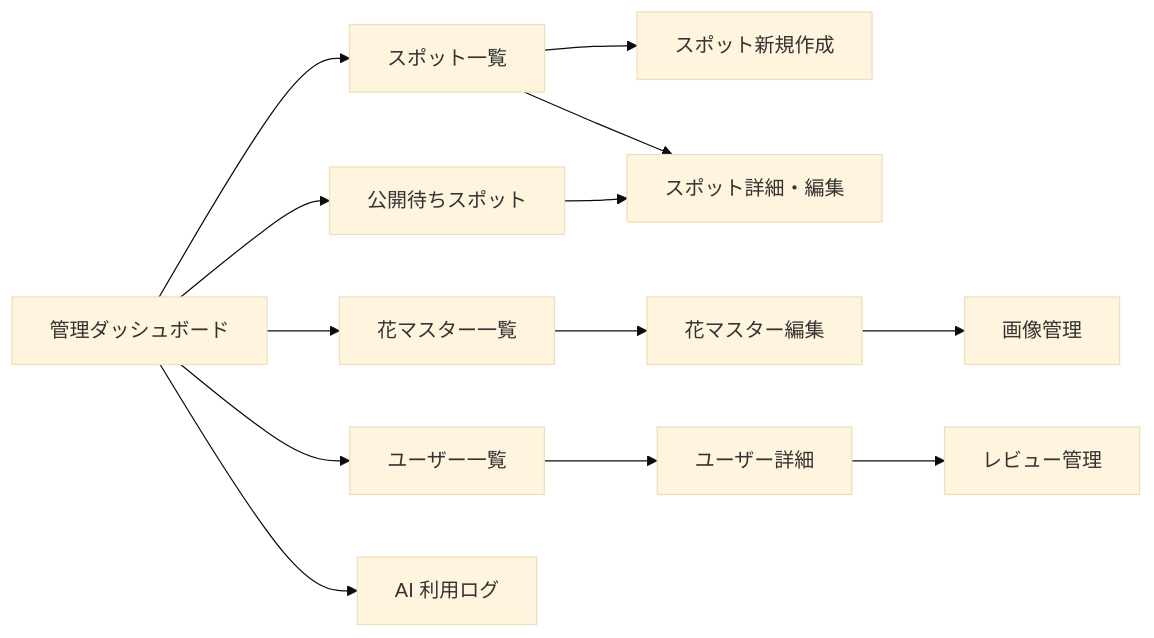
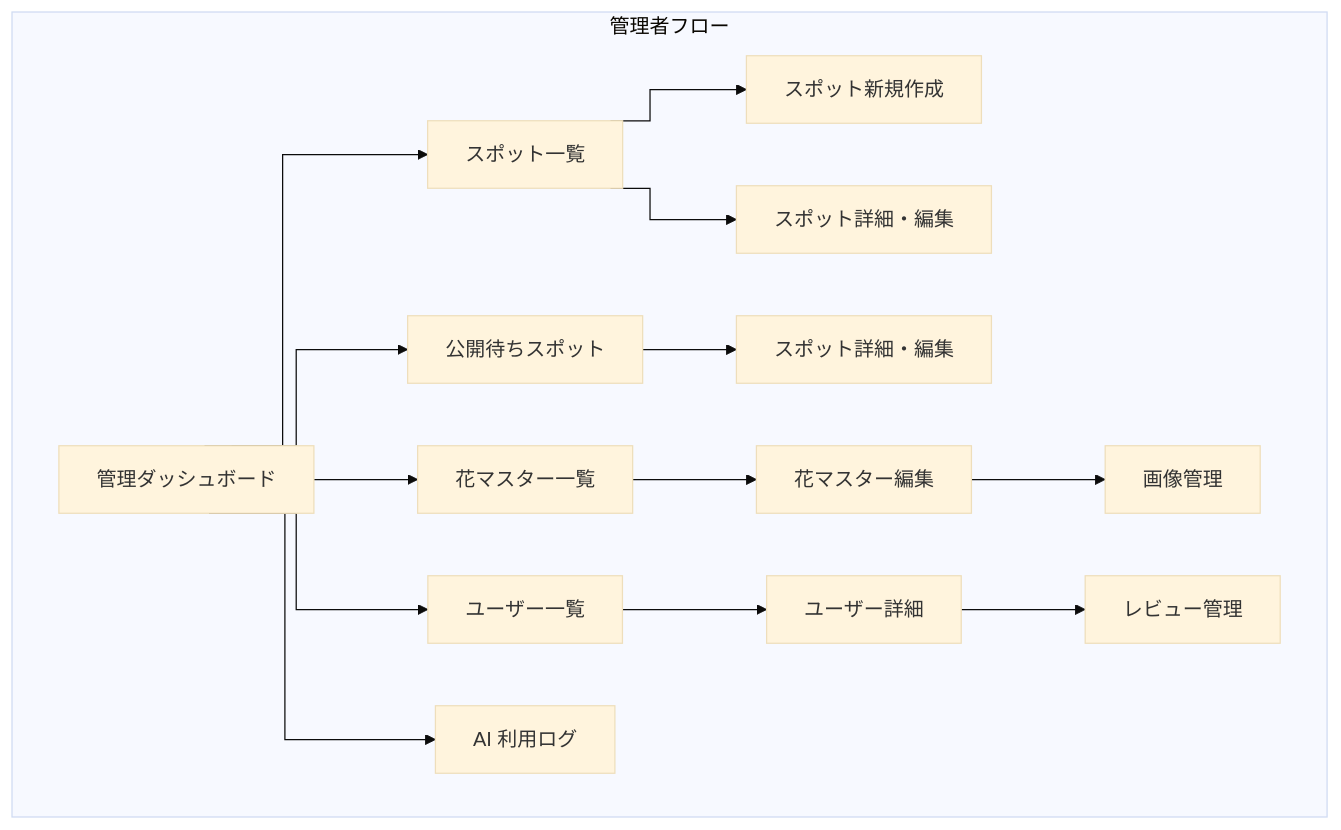
Before and after one commit to taddy-korokoro/hana-nav: the fourth of 4 diagrams in docs/design-docs/02_screen-flow.md, drawn with Mermaid (base theme). The commit also changed other lines of this file, not shown here.

First line of the commit message:
docs(design-docs): T02 画面遷移図の Mermaid ダイアグラムを整形

````diff
--- a/docs/design-docs/02_screen-flow.md
+++ b/docs/design-docs/02_screen-flow.md
@@ -136,21 +136,25 @@
 ```mermaid
+%%{init: {'flowchart': {'curve': 'step'}}}%%
 flowchart LR
-    ADMIN[管理ダッシュボード]
+    subgraph sg4["管理者フロー"]
+        direction LR
+        ADMIN[管理ダッシュボード]
 
-    ADMIN --> SPOTS_LIST[スポット一覧]
-    SPOTS_LIST --> SPOTS_NEW[スポット新規作成]
-    SPOTS_LIST --> SPOTS_EDIT[スポット詳細・編集]
+        ADMIN --> SPOTS_LIST[スポット一覧]
+        SPOTS_LIST --> SPOTS_NEW[スポット新規作成]
+        SPOTS_LIST --> SPOTS_EDIT[スポット詳細・編集]
 
-    ADMIN --> SPOTS_PENDING[公開待ちスポット]
-    SPOTS_PENDING --> SPOTS_EDIT
+        ADMIN --> SPOTS_PENDING[公開待ちスポット]
+        SPOTS_PENDING --> SPOTS_EDIT2[スポット詳細・編集]
 
-    ADMIN --> FLOWERS_LIST[花マスター一覧]
-    FLOWERS_LIST --> FLOWERS_EDIT[花マスター編集]
-    FLOWERS_EDIT --> IMAGES[画像管理]
+        ADMIN --> FLOWERS_LIST[花マスター一覧]
+        FLOWERS_LIST --> FLOWERS_EDIT[花マスター編集]
+        FLOWERS_EDIT --> IMAGES[画像管理]
 
-    ADMIN --> USERS[ユーザー一覧]
-    USERS --> USERS_DETAIL[ユーザー詳細]
-    USERS_DETAIL --> REVIEWS[レビュー管理]
+        ADMIN --> USERS[ユーザー一覧]
+        USERS --> USERS_DETAIL[ユーザー詳細]
+        USERS_DETAIL --> REVIEWS[レビュー管理]
 
-    ADMIN --> AI_USAGE[AI 利用ログ]
+        ADMIN --> AI_USAGE[AI 利用ログ]
+    end
 ```
````
